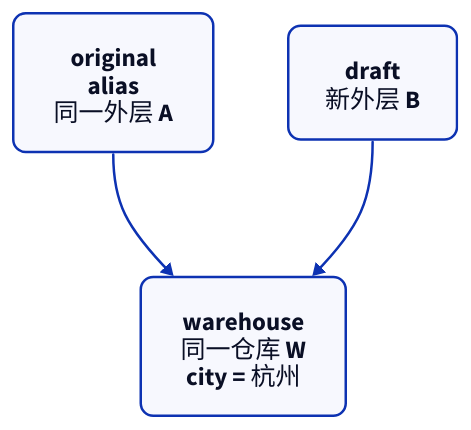
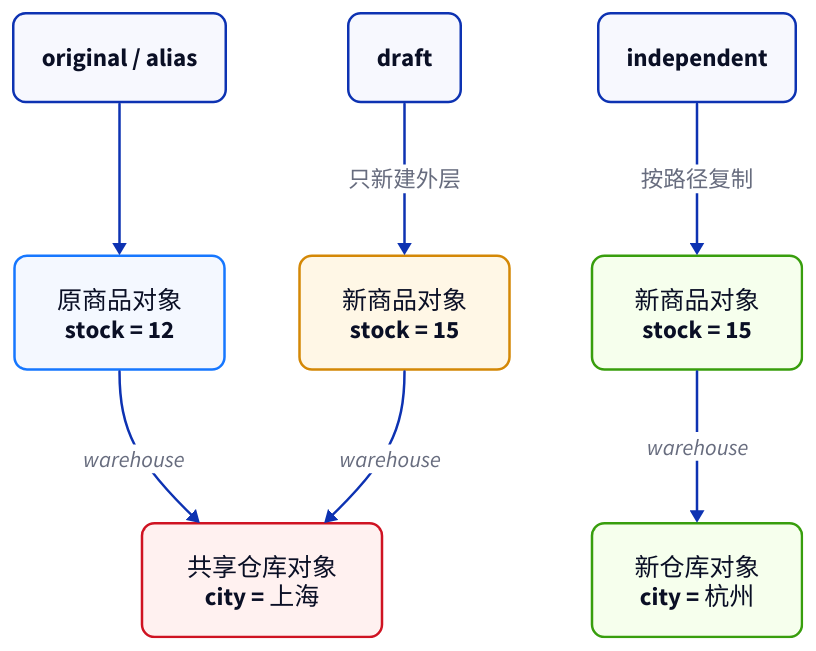
The diagram in diagrams/c05-alias-copy.d2 (socoo123/js_web), drawn with D2 before and after one commit. The commit also changed 43 other files, not shown here.

```diff
--- a/diagrams/c05-alias-copy.d2
+++ b/diagrams/c05-alias-copy.d2
@@ -1,12 +1,38 @@
-# C05：纵向只表示身份关系，不模拟实际内存地址或 GC 布局。
+# 实线箭头表示引用关系；图展示创建草稿后的状态，尚未执行修改。
 direction: down
 
-*.style.font-size: 20
-*.style.border-radius: 10
+**.style.font-size: 20
+**.style.border-radius: 10
+(** -> **)[*].style.font-size: 18
 
-original: original\nalias\n同一外层 A
-draft: draft\n新外层 B
-shared: warehouse\n同一仓库 W\ncity = 杭州
+original: original / alias
+shallow: draft
+independent: independent
 
-original -> shared
-draft -> shared
+record: 原商品对象\nstock = 12 {
+  style.fill: "#f4f8ff"
+  style.stroke: "#1677ff"
+}
+draft: 新商品对象\nstock = 15 {
+  style.fill: "#fff7e6"
+  style.stroke: "#d48806"
+}
+copied: 新商品对象\nstock = 15 {
+  style.fill: "#f6ffed"
+  style.stroke: "#389e0d"
+}
+warehouse: 共享仓库对象\ncity = 上海 {
+  style.fill: "#fff1f0"
+  style.stroke: "#cf1322"
+}
+newWarehouse: 新仓库对象\ncity = 杭州 {
+  style.fill: "#f6ffed"
+  style.stroke: "#389e0d"
+}
+
+original -> record
+shallow -> draft: 只新建外层
+independent -> copied: 按路径复制
+record -> warehouse: warehouse
+draft -> warehouse: warehouse
+copied -> newWarehouse: warehouse
```
